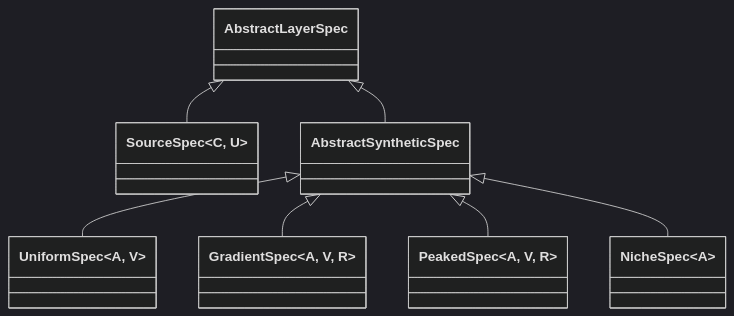
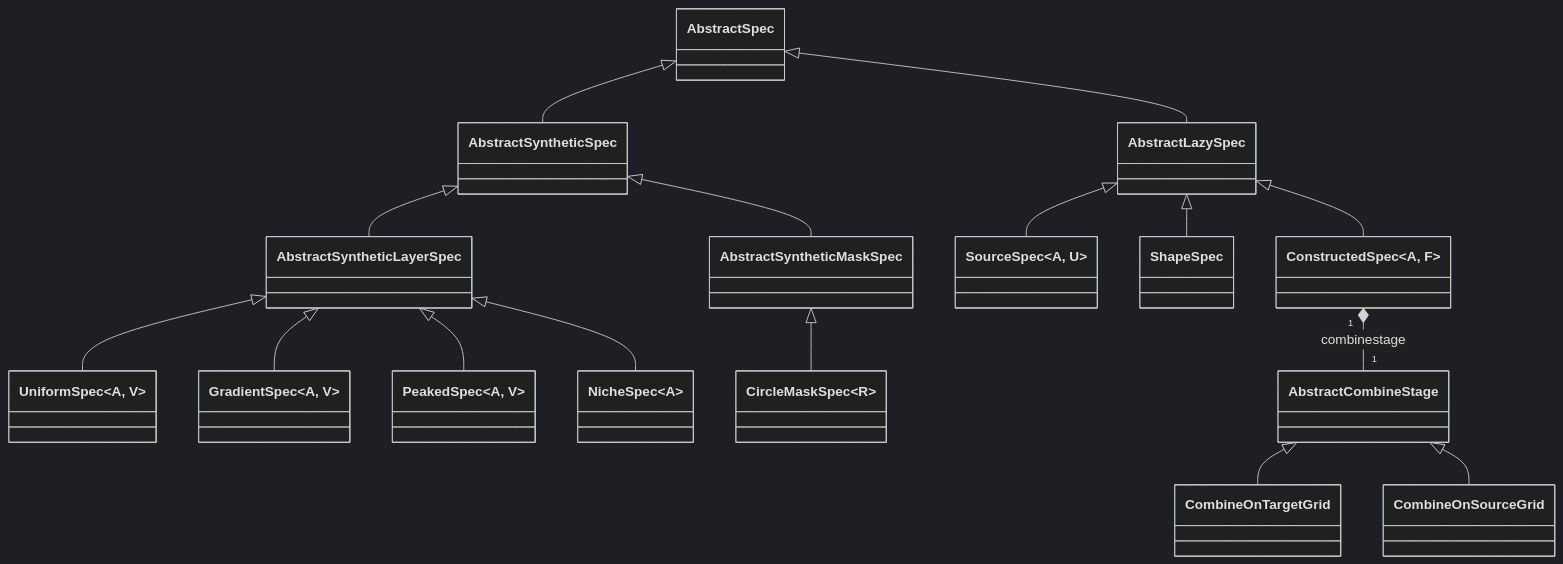
Before and after one commit to EcoJulia/EcoSISTEM.jl: the ninth of 17 diagrams in docs/architecture.md, drawn with Mermaid (dark theme). The commit also changed other lines of this file and 17 other files, not shown here.

````diff
--- a/docs/architecture.md
+++ b/docs/architecture.md
@@ -209,16 +476,32 @@
 ```mermaid
 classDiagram
-    class AbstractLayerSpec
-    class SourceSpec~C, U~
+    class AbstractSpec
+    class AbstractLazySpec
     class AbstractSyntheticSpec
+    class AbstractSyntheticLayerSpec
+    class AbstractSyntheticMaskSpec
+    class SourceSpec~A, U~
+    class ShapeSpec
+    class ConstructedSpec~A, F~
     class UniformSpec~A, V~
-    class GradientSpec~A, V, R~
-    class PeakedSpec~A, V, R~
+    class GradientSpec~A, V~
+    class PeakedSpec~A, V~
     class NicheSpec~A~
-    AbstractLayerSpec    <|-- SourceSpec
-    AbstractLayerSpec    <|-- AbstractSyntheticSpec
-    AbstractSyntheticSpec <|-- UniformSpec
-    AbstractSyntheticSpec <|-- GradientSpec
-    AbstractSyntheticSpec <|-- PeakedSpec
-    AbstractSyntheticSpec <|-- NicheSpec
+    class CircleMaskSpec~R~
+    class AbstractCombineStage
+    AbstractSpec              <|-- AbstractLazySpec
+    AbstractSpec              <|-- AbstractSyntheticSpec
+    AbstractLazySpec          <|-- SourceSpec
+    AbstractLazySpec          <|-- ShapeSpec
+    AbstractLazySpec          <|-- ConstructedSpec
+    AbstractSyntheticSpec     <|-- AbstractSyntheticLayerSpec
+    AbstractSyntheticSpec     <|-- AbstractSyntheticMaskSpec
+    AbstractSyntheticLayerSpec <|-- UniformSpec
+    AbstractSyntheticLayerSpec <|-- GradientSpec
+    AbstractSyntheticLayerSpec <|-- PeakedSpec
+    AbstractSyntheticLayerSpec <|-- NicheSpec
+    AbstractSyntheticMaskSpec  <|-- CircleMaskSpec
+    AbstractCombineStage <|-- CombineOnTargetGrid
+    AbstractCombineStage <|-- CombineOnSourceGrid
+    ConstructedSpec "1" *-- "1" AbstractCombineStage : combinestage
 ```
````
